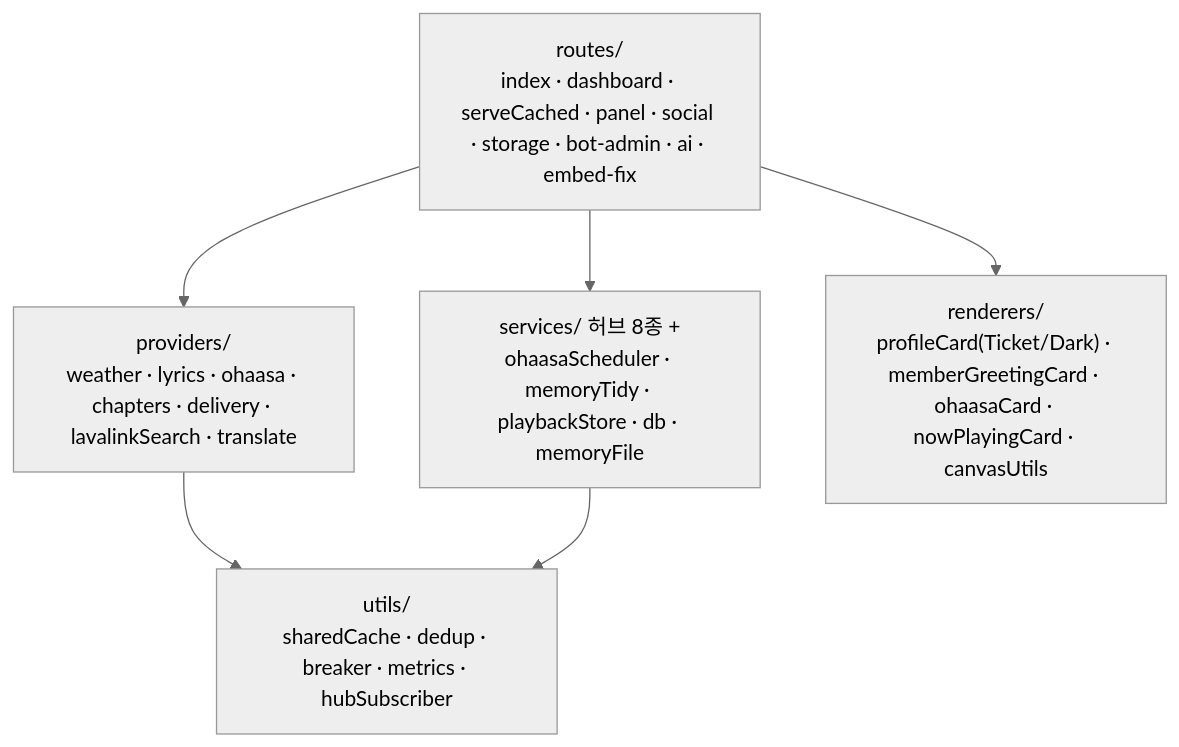
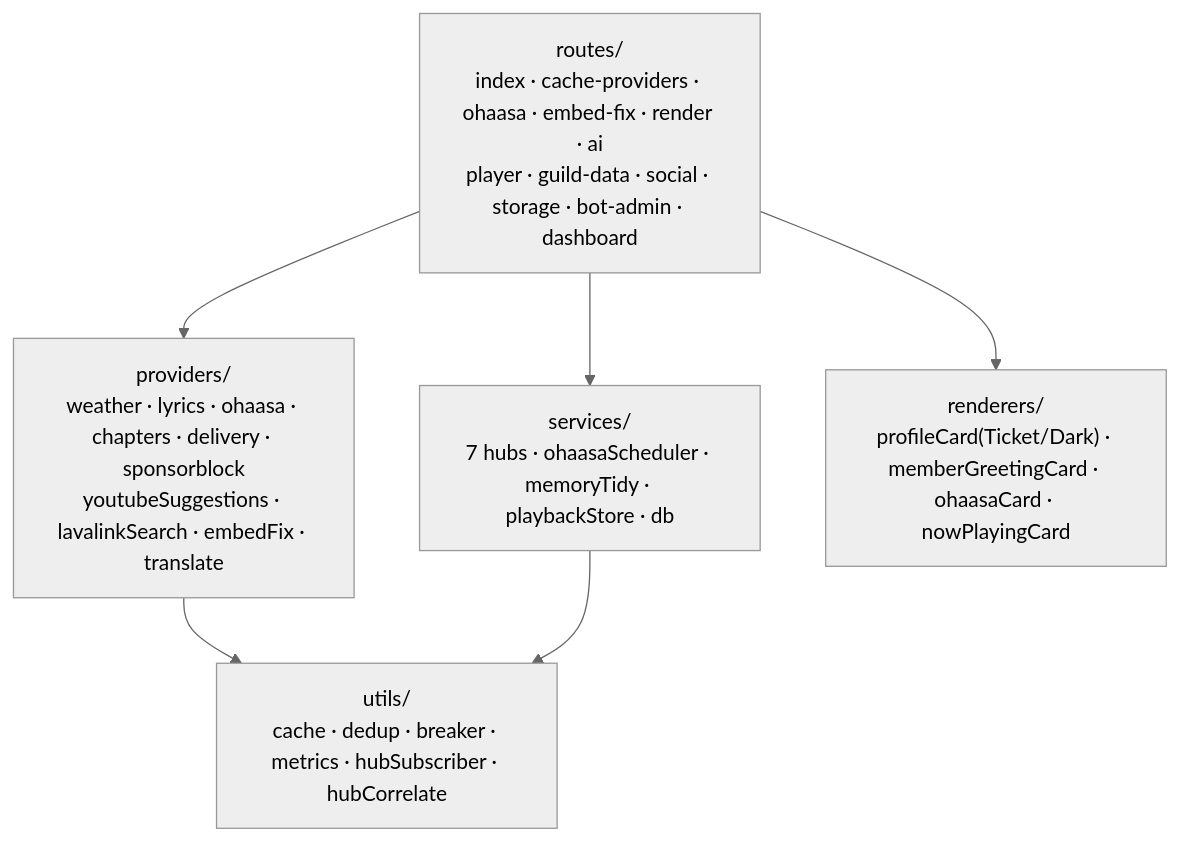
The third of 10 diagrams in docs/architecture.md (mochilabs/SiruBOT), drawn with Mermaid (neutral theme) before and after one commit. The commit also changed other lines of this file and 115 other files, not shown here.

````diff
--- a/docs/architecture.md
+++ b/docs/architecture.md
@@ -193,8 +195,8 @@
 ```mermaid
 graph TB
-    R1["routes/<br/>index · dashboard · serveCached · panel · social · storage · bot-admin · ai · embed-fix"] --> P["providers/<br/>weather · lyrics · ohaasa · chapters · delivery · lavalinkSearch · translate"]
-    R1 --> S["services/ 허브 8종 +<br/>ohaasaScheduler · memoryTidy · playbackStore · db · memoryFile"]
-    R1 --> RD["renderers/<br/>profileCard(Ticket/Dark) · memberGreetingCard · ohaasaCard · nowPlayingCard · canvasUtils"]
-    P --> U["utils/<br/>sharedCache · dedup · breaker · metrics · hubSubscriber"]
+    R1["routes/<br/>index · cache-providers · ohaasa · embed-fix · render · ai<br/>player · guild-data · social · storage · bot-admin · dashboard"] --> P["providers/<br/>weather · lyrics · ohaasa · chapters · delivery · sponsorblock<br/>youtubeSuggestions · lavalinkSearch · embedFix · translate"]
+    R1 --> S["services/<br/>7 hubs · ohaasaScheduler · memoryTidy · playbackStore · db"]
+    R1 --> RD["renderers/<br/>profileCard(Ticket/Dark) · memberGreetingCard · ohaasaCard · nowPlayingCard"]
+    P --> U["utils/<br/>cache · dedup · breaker · metrics · hubSubscriber · hubCorrelate"]
     S --> U
 ```
````
